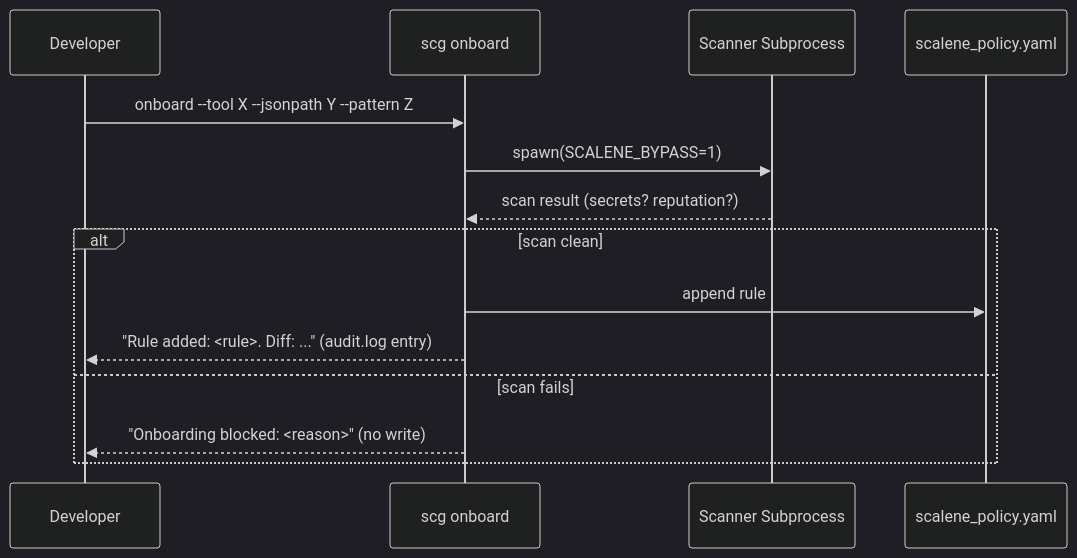
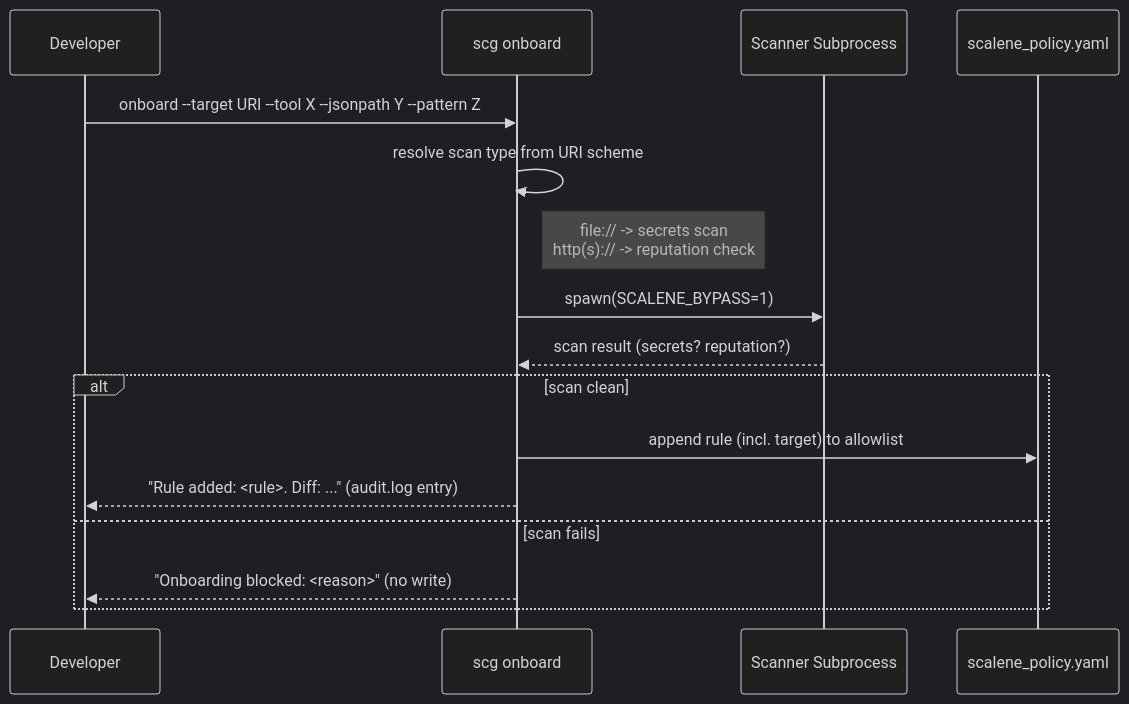
Before and after one commit to drusifer/Scalene: the fourth of 4 diagrams in docs/ARCHITECTURE.md, drawn with Mermaid (dark theme). The commit also changed other lines of this file and 17 other files, not shown here.

First line of the commit message:
Unify allowlist/trust-list into one URI-scheme-keyed allowlist

````diff
--- a/docs/ARCHITECTURE.md
+++ b/docs/ARCHITECTURE.md
@@ -135,16 +138,18 @@
 ```mermaid
 sequenceDiagram
     participant Dev as Developer
     participant CLI as scg onboard
     participant Scan as Scanner Subprocess
     participant Cfg as scalene_policy.yaml
-    Dev->>CLI: onboard --tool X --jsonpath Y --pattern Z
+    Dev->>CLI: onboard --target URI --tool X --jsonpath Y --pattern Z
+    CLI->>CLI: resolve scan type from URI scheme
+    Note right of CLI: file:// -> secrets scan<br/>http(s):// -> reputation check
     CLI->>Scan: spawn(SCALENE_BYPASS=1)
     Scan-->>CLI: scan result (secrets? reputation?)
     alt scan clean
-        CLI->>Cfg: append rule
+        CLI->>Cfg: append rule (incl. target) to allowlist
         CLI-->>Dev: "Rule added: <rule>. Diff: ..." (audit.log entry)
     else scan fails
         CLI-->>Dev: "Onboarding blocked: <reason>" (no write)
     end
 ```
````
